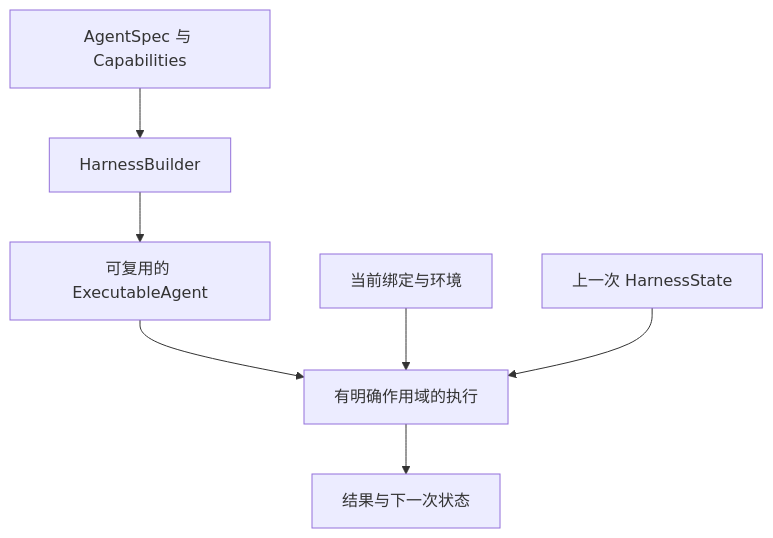
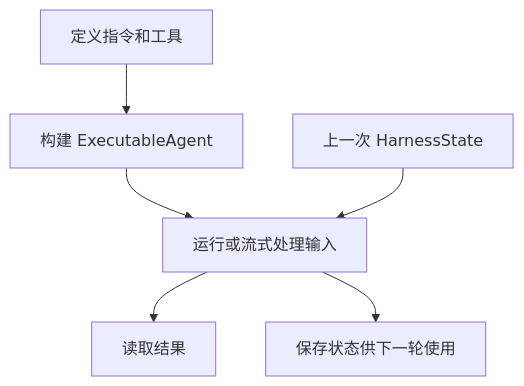
Before and after one commit to converge-ai-labs/agent-foundation: the diagram in docs/a13n-harness/index.zh-CN.md, drawn with Mermaid. The commit also changed other lines of this file and 49 other files, not shown here.

````diff
--- a/docs/a13n-harness/index.zh-CN.md
+++ b/docs/a13n-harness/index.zh-CN.md
@@ -13,13 +15,12 @@
 ```mermaid
 flowchart TB
-    Spec["AgentSpec 与 Capabilities"] --> Build["HarnessBuilder"]
-    Build --> Agent["可复用的 ExecutableAgent"]
-    Agent --> Run["有明确作用域的执行"]
-    Bindings["当前绑定与环境"] --> Run
+    Spec["定义指令和工具"] --> Build["构建 ExecutableAgent"]
+    Build --> Run["运行或流式处理输入"]
     State["上一次 HarnessState"] --> Run
-    Run --> Result["结果与下一次状态"]
+    Run --> Result["读取结果"]
+    Run --> Save["保存状态供下一轮使用"]
 
-    class Spec,Build,Agent,Run a13n
-    class Bindings app
-    class State,Result store
+    class Spec,Build,Run a13n
+    class State,Save store
+    class Result success
 ```
````
